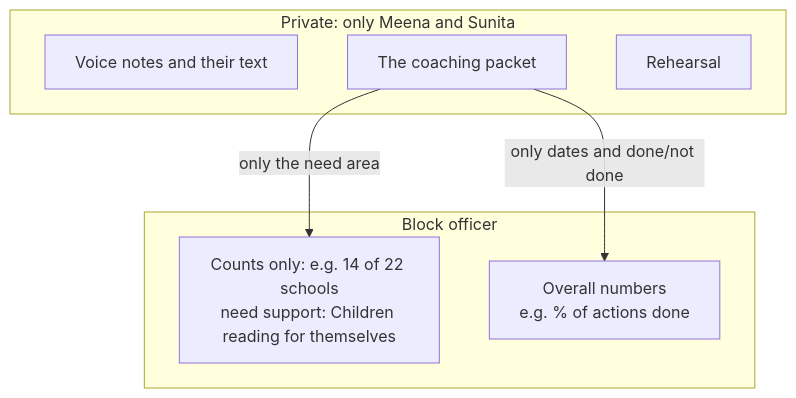
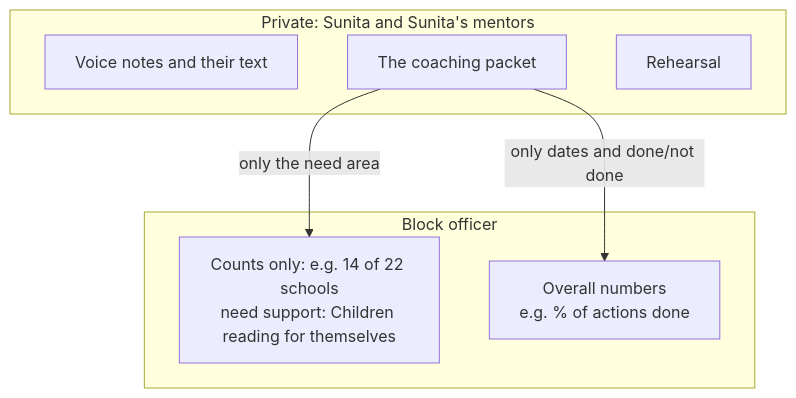
The third of 3 diagrams in FLOW.md (Pratham-1604/visit-coach), drawn with Mermaid before and after one commit. The commit also changed other lines of this file and 34 other files, not shown here.

````diff
--- a/FLOW.md
+++ b/FLOW.md
@@ -141,14 +146,14 @@
 ```mermaid
 flowchart TB
-    subgraph Private["Private: only Meena and Sunita"]
+    subgraph Private["Private: Sunita and Sunita's mentors"]
         N["Voice notes and their text"]
         K["The coaching packet"]
         R["Rehearsal"]
     end
     subgraph Block["Block officer"]
         G["Counts only: e.g. 14 of 22 schools<br/>need support: Children reading for themselves"]
         M["Overall numbers<br/>e.g. % of actions done"]
     end
     K -- "only the need area" --> G
     K -- "only dates and done/not done" --> M
 ```
````
